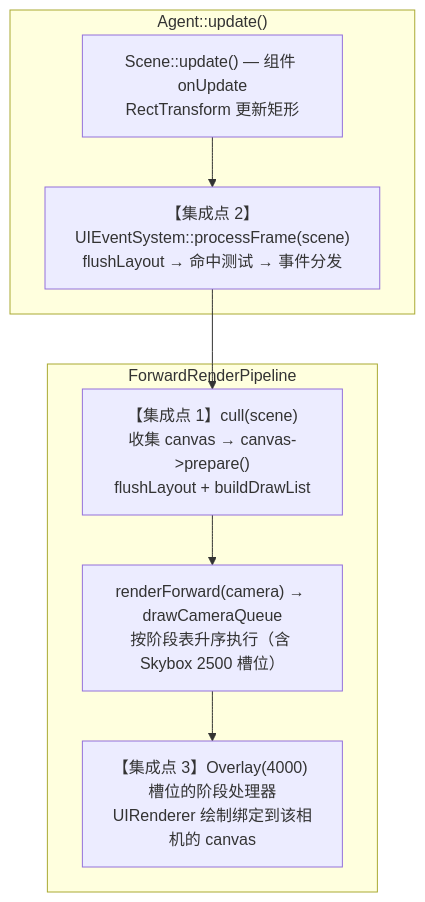
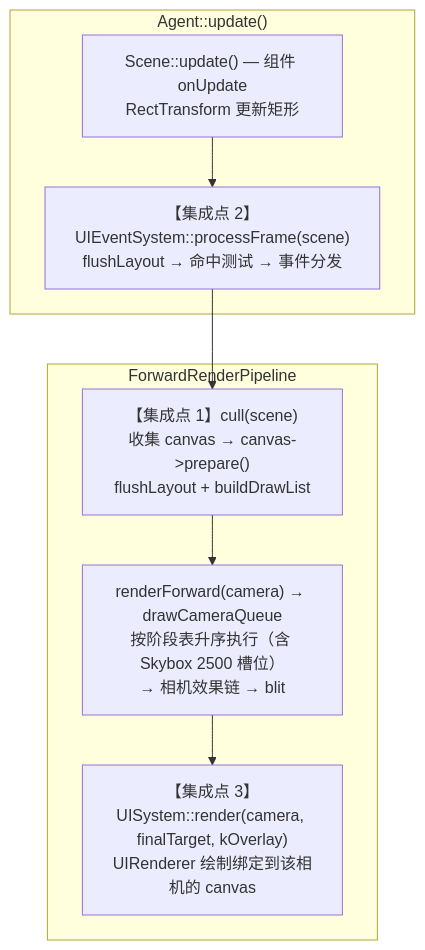
One commit to answerear/Tiny3D changed the second of 2 diagrams in doc/todo/Runtime-UI-System-Design-todo.md. Above: the diagram before and after it, drawn with Mermaid. The commit also changed other lines of this file and 2 other files, not shown here.

````diff
--- a/doc/todo/Runtime-UI-System-Design-todo.md
+++ b/doc/todo/Runtime-UI-System-Design-todo.md
@@ -180,13 +186,13 @@
 ```mermaid
 flowchart TB
     subgraph Agent_update["Agent::update()"]
         A1["Scene::update() — 组件 onUpdate<br/>RectTransform 更新矩形"]
         A2["【集成点 2】UIEventSystem::processFrame(scene)<br/>flushLayout → 命中测试 → 事件分发"]
     end
     subgraph Pipeline["ForwardRenderPipeline"]
         B1["【集成点 1】cull(scene)<br/>收集 canvas → canvas->prepare()<br/>flushLayout + buildDrawList"]
-        B2["renderForward(camera) → drawCameraQueue<br/>按阶段表升序执行（含 Skybox 2500 槽位）"]
-        B3["【集成点 3】Overlay(4000) 槽位的阶段处理器<br/>UIRenderer 绘制绑定到该相机的 canvas"]
+        B2["renderForward(camera) → drawCameraQueue<br/>按阶段表升序执行（含 Skybox 2500 槽位）<br/>→ 相机效果链 → blit"]
+        B3["【集成点 3】UISystem::render(camera, finalTarget, kOverlay)<br/>UIRenderer 绘制绑定到该相机的 canvas"]
     end
     A1 --> A2 --> B1 --> B2 --> B3
 ```
````
